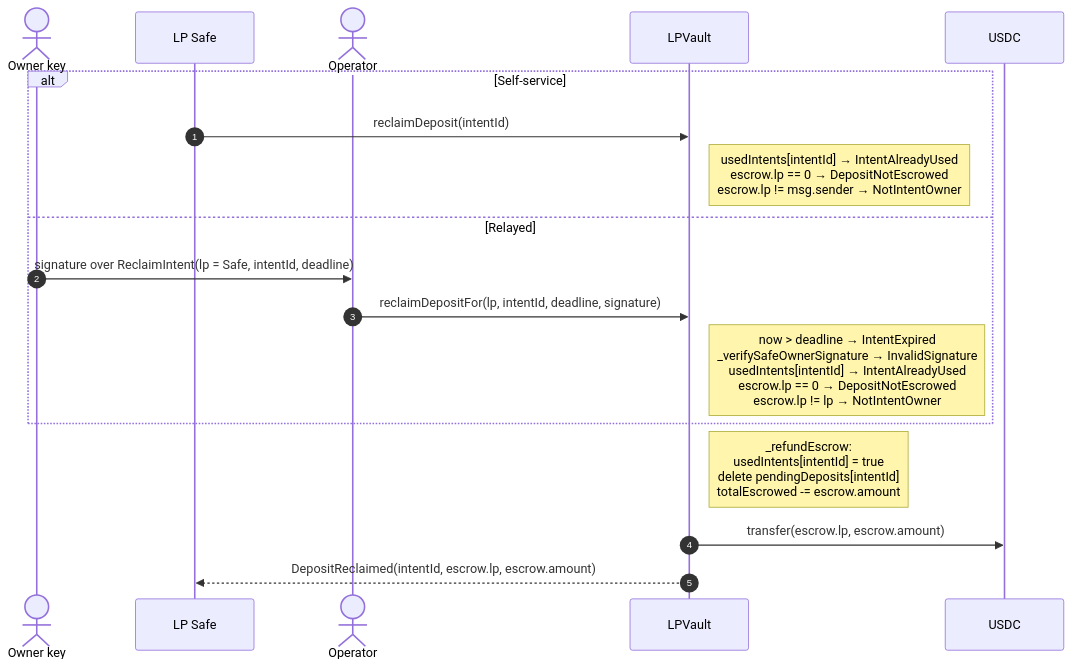
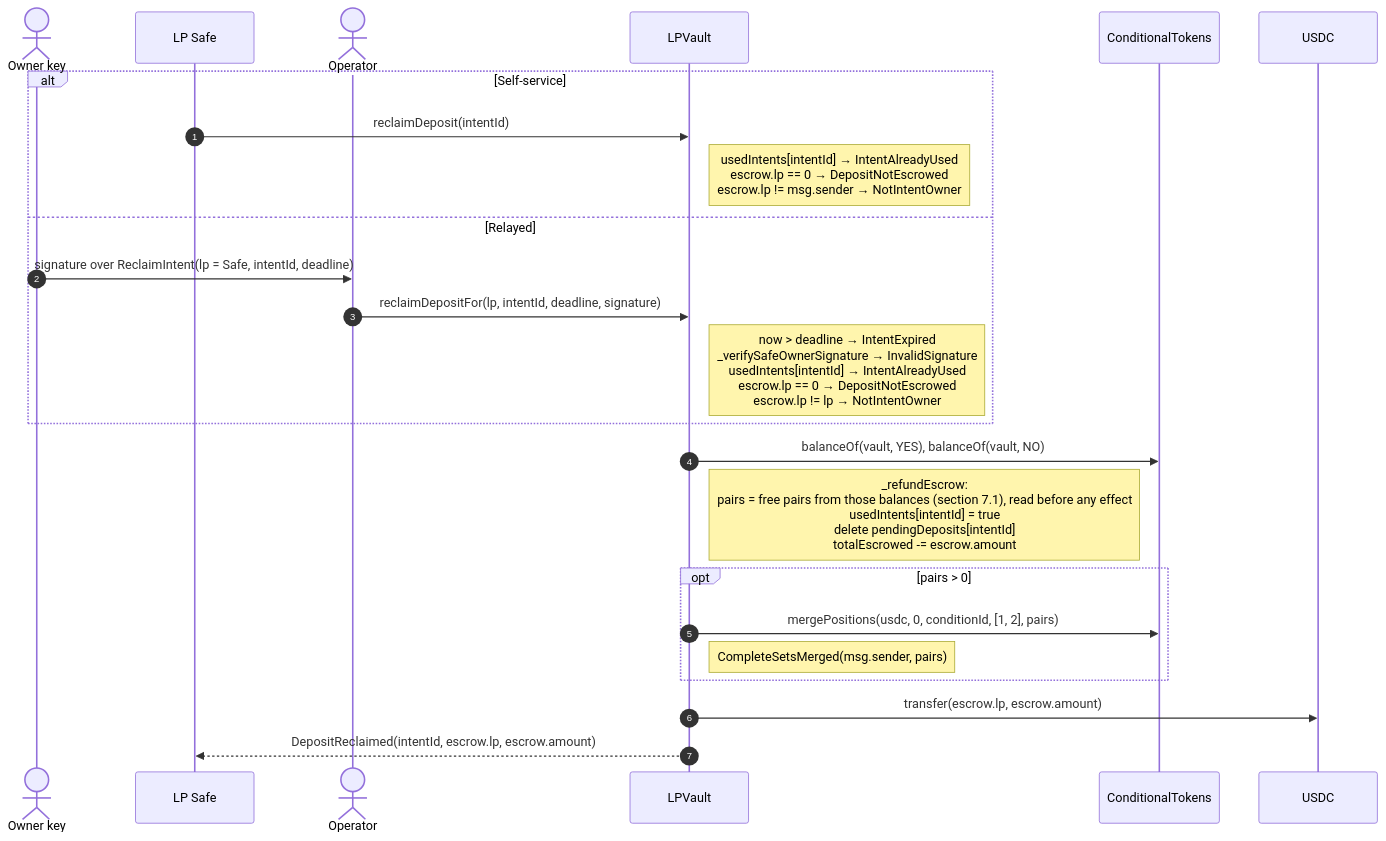
One commit to ProphetMarket/lp-vaults changed the tenth of 22 diagrams in specs/FLOWS.md. Above: the diagram before and after it, drawn with Mermaid. The commit also changed other lines of this file and 1 other file, not shown here.

First line of the commit message:
chore (vault): Correct the flows to the code

````diff
--- a/specs/FLOWS.md
+++ b/specs/FLOWS.md
@@ -288,21 +288,27 @@
 ```mermaid
 sequenceDiagram
     autonumber
     actor OwnerKey as Owner key
     participant Safe as LP Safe
     actor Operator
     participant Vault as LPVault
+    participant CTF as ConditionalTokens
     participant USDC
 
     alt Self-service
         Safe->>Vault: reclaimDeposit(intentId)
         Note right of Vault: usedIntents[intentId] → IntentAlreadyUsed<br/>escrow.lp == 0 → DepositNotEscrowed<br/>escrow.lp != msg.sender → NotIntentOwner
     else Relayed
         OwnerKey->>Operator: signature over ReclaimIntent(lp = Safe, intentId, deadline)
         Operator->>Vault: reclaimDepositFor(lp, intentId, deadline, signature)
         Note right of Vault: now > deadline → IntentExpired<br/>_verifySafeOwnerSignature → InvalidSignature<br/>usedIntents[intentId] → IntentAlreadyUsed<br/>escrow.lp == 0 → DepositNotEscrowed<br/>escrow.lp != lp → NotIntentOwner
     end
-    Note right of Vault: _refundEscrow:<br/>usedIntents[intentId] = true<br/>delete pendingDeposits[intentId]<br/>totalEscrowed -= escrow.amount
+    Vault->>CTF: balanceOf(vault, YES), balanceOf(vault, NO)
+    Note right of Vault: _refundEscrow:<br/>pairs = free pairs from those balances (section 7.1), read before any effect<br/>usedIntents[intentId] = true<br/>delete pendingDeposits[intentId]<br/>totalEscrowed -= escrow.amount
+    opt pairs > 0
+        Vault->>CTF: mergePositions(usdc, 0, conditionId, [1, 2], pairs)
+        Note right of Vault: CompleteSetsMerged(msg.sender, pairs)
+    end
     Vault->>USDC: transfer(escrow.lp, escrow.amount)
     Vault-->>Safe: DepositReclaimed(intentId, escrow.lp, escrow.amount)
 ```
````
